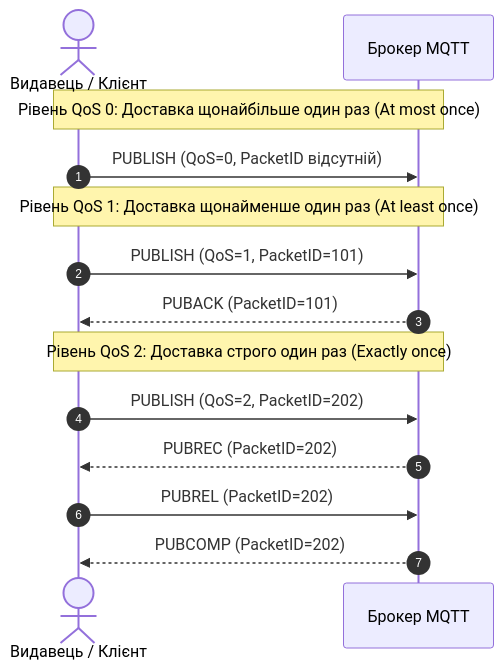
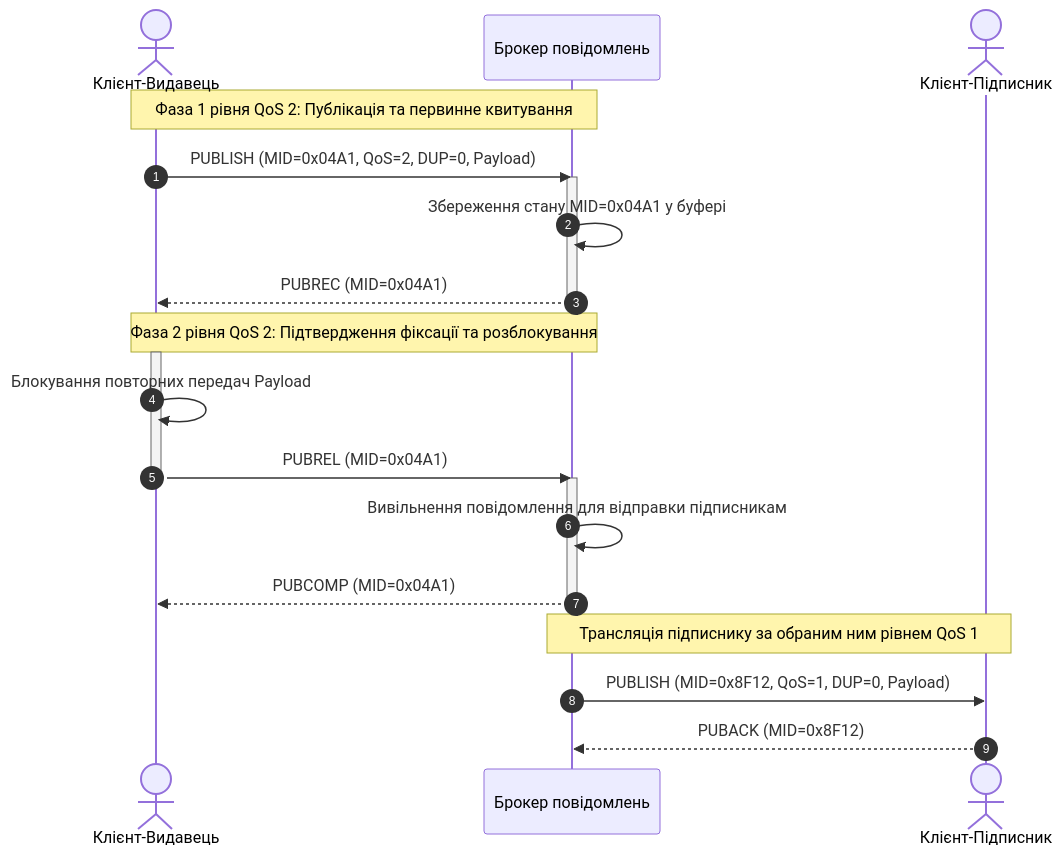
The third of 4 diagrams in docs/lk/lk4.md (KyryloVadurin/iot-technologies), drawn with Mermaid before and after one commit. The commit also changed other lines of this file, not shown here.

````diff
--- a/docs/lk/lk4.md
+++ b/docs/lk/lk4.md
@@ -125,19 +243,29 @@
 ```mermaid
 sequenceDiagram
     autonumber
-    actor Client as Видавець / Клієнт
-    participant Broker as Брокер MQTT
+    actor Publisher as Клієнт-Видавець
+    participant Broker as Брокер повідомлень
+    actor Subscriber as Клієнт-Підписник
 
-    Note over Client,Broker: Рівень QoS 0: Доставка щонайбільше один раз (At most once)
-    Client->>Broker: PUBLISH (QoS=0, PacketID відсутній)
+    Note over Publisher,Broker: Фаза 1 рівня QoS 2: Публікація та первинне квитування
+    Publisher->>Broker: PUBLISH (MID=0x04A1, QoS=2, DUP=0, Payload)
+    activate Broker
+    Broker->>Broker: Збереження стану MID=0x04A1 у буфері
+    Broker-->>Publisher: PUBREC (MID=0x04A1)
+    deactivate Broker
 
-    Note over Client,Broker: Рівень QoS 1: Доставка щонайменше один раз (At least once)
-    Client->>Broker: PUBLISH (QoS=1, PacketID=101)
-    Broker-->>Client: PUBACK (PacketID=101)
+    Note over Publisher,Broker: Фаза 2 рівня QoS 2: Підтвердження фіксації та розблокування
+    activate Publisher
+    Publisher->>Publisher: Блокування повторних передач Payload
+    Publisher->>Broker: PUBREL (MID=0x04A1)
+    deactivate Publisher
+    
+    activate Broker
+    Broker->>Broker: Вивільнення повідомлення для відправки підписникам
+    Broker-->>Publisher: PUBCOMP (MID=0x04A1)
+    deactivate Broker
 
-    Note over Client,Broker: Рівень QoS 2: Доставка строго один раз (Exactly once)
-    Client->>Broker: PUBLISH (QoS=2, PacketID=202)
-    Broker-->>Client: PUBREC (PacketID=202)
-    Client->>Broker: PUBREL (PacketID=202)
-    Broker-->>Client: PUBCOMP (PacketID=202)
+    Note over Broker,Subscriber: Трансляція підписнику за обраним ним рівнем QoS 1
+    Broker->>Subscriber: PUBLISH (MID=0x8F12, QoS=1, DUP=0, Payload)
+    Subscriber-->>Broker: PUBACK (MID=0x8F12)
 ```
````
